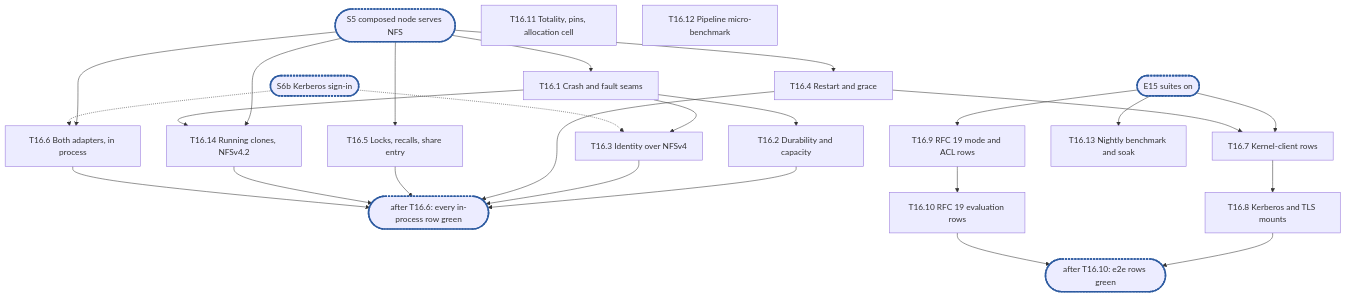
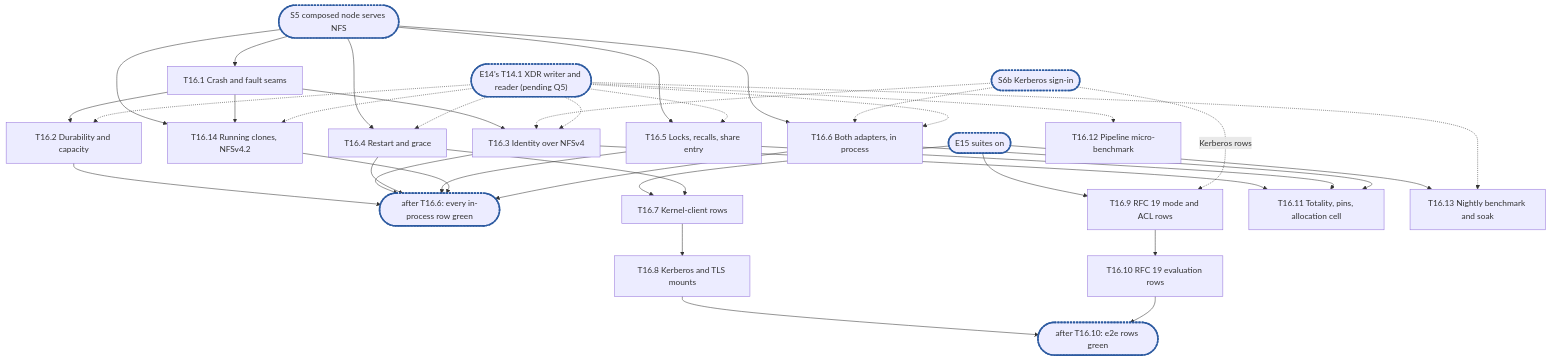
One commit to cubbit/dittofs changed the diagram in .planning/rfc-21-nfs-epic16.md. Above: the diagram before and after it, drawn with Mermaid. The commit also changed other lines of this file, not shown here.

````diff
--- a/.planning/rfc-21-nfs-epic16.md
+++ b/.planning/rfc-21-nfs-epic16.md
@@ -735,23 +792,26 @@
 ```mermaid
 flowchart TD
   S5(["S5 composed node serves NFS"]):::sync --> T16_1["T16.1 Crash and fault seams"]
   T16_1 --> T16_2["T16.2 Durability and capacity"]
   T16_1 --> T16_3["T16.3 Identity over NFSv4"]
   S6b(["S6b Kerberos sign-in"]):::sync -.-> T16_3
   S5 --> T16_4["T16.4 Restart and grace"]
   S5 --> T16_5["T16.5 Locks, recalls, share entry"]
   S5 --> T16_14["T16.14 Running clones, NFSv4.2"]
   T16_1 --> T16_14
   S5 --> T16_6["T16.6 Both adapters, in process"]
   S6b -.-> T16_6
   T16_2 & T16_3 & T16_4 & T16_5 & T16_14 & T16_6 --> C1(["after T16.6: every in-process row green"]):::sync
   E15(["E15 suites on"]):::sync --> T16_7["T16.7 Kernel-client rows"]
   T16_4 --> T16_7
   T16_7 --> T16_8["T16.8 Kerberos and TLS mounts"]
   E15 --> T16_9["T16.9 RFC 19 mode and ACL rows"] --> T16_10["T16.10 RFC 19 evaluation rows"]
+  S6b -. "Kerberos rows" .-> T16_9
   T16_8 & T16_10 --> C2(["after T16.10: e2e rows green"]):::sync
-  T16_11["T16.11 Totality, pins, allocation cell"]
-  T16_12["T16.12 Pipeline micro-benchmark"]
+  T14_1(["E14's T14.1 XDR writer and reader (pending Q5)"]):::sync -.-> T16_2 & T16_3 & T16_4 & T16_5 & T16_6 & T16_14
+  T16_3 & T16_5 & T16_6 --> T16_11["T16.11 Totality, pins, allocation cell"]
+  T14_1 -.-> T16_12["T16.12 Pipeline micro-benchmark"]
   E15 --> T16_13["T16.13 Nightly benchmark and soak"]
+  T14_1 -.-> T16_13
   classDef sync stroke:#2c5aa0,stroke-width:3px,stroke-dasharray:4 2
 ```
````
